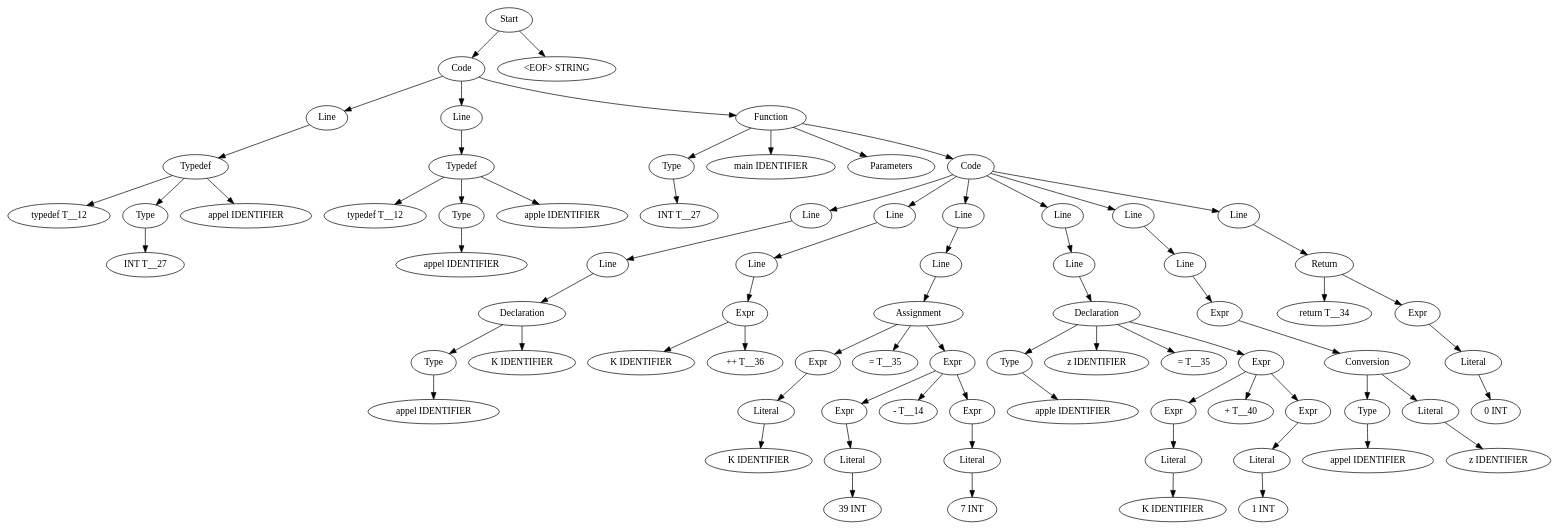
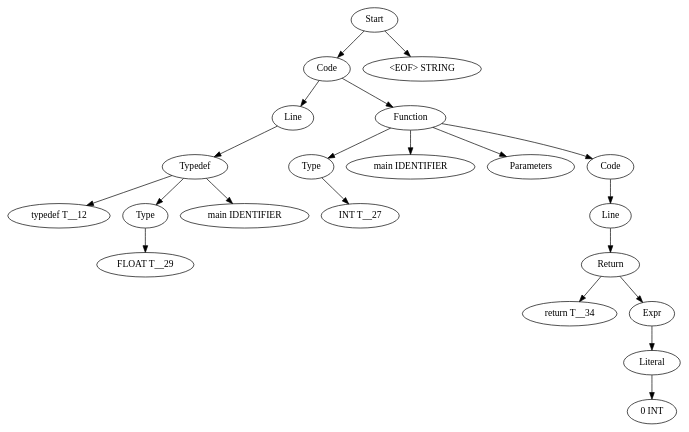
The diagram in TestCases/ASTTests/TypedefTests/createTests/read_file_before.dot (Are-you-listening/Compilers), drawn with Graphviz before and after one commit. The commit also changed 152 other files, not shown here.

```diff
--- a/TestCases/ASTTests/TypedefTests/createTests/read_file_before.dot
+++ b/TestCases/ASTTests/TypedefTests/createTests/read_file_before.dot
@@ -1,153 +1,43 @@
 digraph AST {
-  "137022988552896" [label="Start"];
-  "137022988552896" -> "137022988562016";
-  "137022988552896" -> "137022988558032";
-  "137022988562016" [label="Code"];
-  "137022988562016" -> "137022988551360";
-  "137022988562016" -> "137022988554960";
-  "137022988562016" -> "137022988552272";
-  "137022988551360" [label="Line"];
-  "137022988551360" -> "137022988554384";
-  "137022988554384" [label="Typedef"];
-  "137022988554384" -> "137022988553088";
-  "137022988554384" -> "137022988559712";
-  "137022988554384" -> "137022988561056";
-  "137022988553088" [label="typedef T__12"];
-  "137022988559712" [label="Type"];
-  "137022988559712" -> "137022988556736";
-  "137022988556736" [label="INT T__27"];
-  "137022988561056" [label="appel IDENTIFIER"];
-  "137022988554960" [label="Line"];
-  "137022988554960" -> "137022988558272";
-  "137022988558272" [label="Typedef"];
-  "137022988558272" -> "137022988561152";
-  "137022988558272" -> "137022988554240";
-  "137022988558272" -> "137022988563504";
-  "137022988561152" [label="typedef T__12"];
-  "137022988554240" [label="Type"];
-  "137022988554240" -> "137022988559952";
-  "137022988559952" [label="appel IDENTIFIER"];
-  "137022988563504" [label="apple IDENTIFIER"];
-  "137022988552272" [label="Function"];
-  "137022988552272" -> "137022988552320";
-  "137022988552272" -> "137022988553664";
-  "137022988552272" -> "137022988551456";
-  "137022988552272" -> "137022988556688";
-  "137022988552320" [label="Type"];
-  "137022988552320" -> "137022988557936";
-  "137022988557936" [label="INT T__27"];
-  "137022988553664" [label="main IDENTIFIER"];
-  "137022988551456" [label="Parameters"];
-  "137022988556688" [label="Code"];
-  "137022988556688" -> "137022988562976";
-  "137022988556688" -> "137022988555680";
-  "137022988556688" -> "137022988553952";
-  "137022988556688" -> "137022988555536";
-  "137022988556688" -> "137022988552368";
-  "137022988556688" -> "137022988560432";
-  "137022988562976" [label="Line"];
-  "137022988562976" -> "137022988551168";
-  "137022988551168" [label="Line"];
-  "137022988551168" -> "137022988550688";
-  "137022988550688" [label="Declaration"];
-  "137022988550688" -> "137022988554912";
-  "137022988550688" -> "137022988558416";
-  "137022988554912" [label="Type"];
-  "137022988554912" -> "137022988558224";
-  "137022988558224" [label="appel IDENTIFIER"];
-  "137022988558416" [label="K IDENTIFIER"];
-  "137022988555680" [label="Line"];
-  "137022988555680" -> "137022988560960";
-  "137022988560960" [label="Line"];
-  "137022988560960" -> "137022988553760";
-  "137022988553760" [label="Expr"];
-  "137022988553760" -> "137022988556832";
-  "137022988553760" -> "137022988556256";
-  "137022988556832" [label="K IDENTIFIER"];
-  "137022988556256" [label="++ T__36"];
-  "137022988553952" [label="Line"];
-  "137022988553952" -> "137022988550784";
-  "137022988550784" [label="Line"];
-  "137022988550784" -> "137022988554720";
-  "137022988554720" [label="Assignment"];
-  "137022988554720" -> "137022988557888";
-  "137022988554720" -> "137022988559472";
-  "137022988554720" -> "137022988554816";
-  "137022988557888" [label="Expr"];
-  "137022988557888" -> "137022988557648";
-  "137022988557648" [label="Literal"];
-  "137022988557648" -> "137022988554576";
-  "137022988554576" [label="K IDENTIFIER"];
-  "137022988559472" [label="= T__35"];
-  "137022988554816" [label="Expr"];
-  "137022988554816" -> "137022988555440";
-  "137022988554816" -> "137022988554624";
-  "137022988554816" -> "137022988561680";
-  "137022988555440" [label="Expr"];
-  "137022988555440" -> "137022988555008";
-  "137022988555008" [label="Literal"];
-  "137022988555008" -> "137022988553856";
-  "137022988553856" [label="39 INT"];
-  "137022988554624" [label="- T__14"];
-  "137022988561680" [label="Expr"];
-  "137022988561680" -> "137022988552704";
-  "137022988552704" [label="Literal"];
-  "137022988552704" -> "137022988551264";
-  "137022988551264" [label="7 INT"];
-  "137022988555536" [label="Line"];
-  "137022988555536" -> "137022988559376";
-  "137022988559376" [label="Line"];
-  "137022988559376" -> "137022988555728";
-  "137022988555728" [label="Declaration"];
-  "137022988555728" -> "137022988552512";
-  "137022988555728" -> "137022988552128";
-  "137022988555728" -> "137022988557792";
-  "137022988555728" -> "137022988556304";
-  "137022988552512" [label="Type"];
-  "137022988552512" -> "137022988555488";
-  "137022988555488" [label="apple IDENTIFIER"];
-  "137022988552128" [label="z IDENTIFIER"];
-  "137022988557792" [label="= T__35"];
-  "137022988556304" [label="Expr"];
-  "137022988556304" -> "137022988554048";
-  "137022988556304" -> "137022988560336";
-  "137022988556304" -> "137022988553472";
-  "137022988554048" [label="Expr"];
-  "137022988554048" -> "137022988555296";
-  "137022988555296" [label="Literal"];
-  "137022988555296" -> "137022988551696";
-  "137022988551696" [label="K IDENTIFIER"];
-  "137022988560336" [label="+ T__40"];
-  "137022988553472" [label="Expr"];
-  "137022988553472" -> "137022988553904";
-  "137022988553904" [label="Literal"];
-  "137022988553904" -> "137022988557024";
-  "137022988557024" [label="1 INT"];
-  "137022988552368" [label="Line"];
-  "137022988552368" -> "137022988551408";
-  "137022988551408" [label="Line"];
-  "137022988551408" -> "137022988563216";
-  "137022988563216" [label="Expr"];
-  "137022988563216" -> "137022988563312";
-  "137022988563312" [label="Conversion"];
-  "137022988563312" -> "137022988562928";
-  "137022988563312" -> "137022988556544";
-  "137022988562928" [label="Type"];
-  "137022988562928" -> "137022988556928";
-  "137022988556928" [label="appel IDENTIFIER"];
-  "137022988556544" [label="Literal"];
-  "137022988556544" -> "137022988561296";
-  "137022988561296" [label="z IDENTIFIER"];
-  "137022988560432" [label="Line"];
-  "137022988560432" -> "137022988554672";
-  "137022988554672" [label="Return"];
-  "137022988554672" -> "137022988559232";
-  "137022988554672" -> "137022988555200";
-  "137022988559232" [label="return T__34"];
-  "137022988555200" [label="Expr"];
-  "137022988555200" -> "137022988557216";
-  "137022988557216" [label="Literal"];
-  "137022988557216" -> "137022988561344";
-  "137022988561344" [label="0 INT"];
-  "137022988558032" [label="<EOF> STRING"];
+  "123848380868896" [label="Start"];
+  "123848380868896" -> "123848380869664";
+  "123848380868896" -> "123848380868992";
+  "123848380869664" [label="Code"];
+  "123848380869664" -> "123848380869136";
+  "123848380869664" -> "123848380861456";
+  "123848380869136" [label="Line"];
+  "123848380869136" -> "123848380861744";
+  "123848380861744" [label="Typedef"];
+  "123848380861744" -> "123848380859056";
+  "123848380861744" -> "123848380866160";
+  "123848380861744" -> "123848380861984";
+  "123848380859056" [label="typedef T__12"];
+  "123848380866160" [label="Type"];
+  "123848380866160" -> "123848380869328";
+  "123848380869328" [label="FLOAT T__29"];
+  "123848380861984" [label="main IDENTIFIER"];
+  "123848380861456" [label="Function"];
+  "123848380861456" -> "123848380858528";
+  "123848380861456" -> "123848380861504";
+  "123848380861456" -> "123848380869568";
+  "123848380861456" -> "123848380860448";
+  "123848380858528" [label="Type"];
+  "123848380858528" -> "123848380865632";
+  "123848380865632" [label="INT T__27"];
+  "123848380861504" [label="main IDENTIFIER"];
+  "123848380869568" [label="Parameters"];
+  "123848380860448" [label="Code"];
+  "123848380860448" -> "123848380861696";
+  "123848380861696" [label="Line"];
+  "123848380861696" -> "123848380869520";
+  "123848380869520" [label="Return"];
+  "123848380869520" -> "123848380873360";
+  "123848380869520" -> "123848380864096";
+  "123848380873360" [label="return T__34"];
+  "123848380864096" [label="Expr"];
+  "123848380864096" -> "123848380861840";
+  "123848380861840" [label="Literal"];
+  "123848380861840" -> "123848380869280";
+  "123848380869280" [label="0 INT"];
+  "123848380868992" [label="<EOF> STRING"];
 }
```
